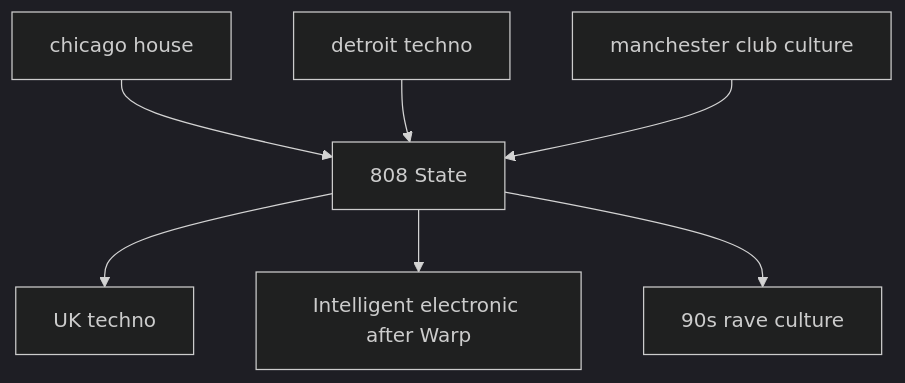
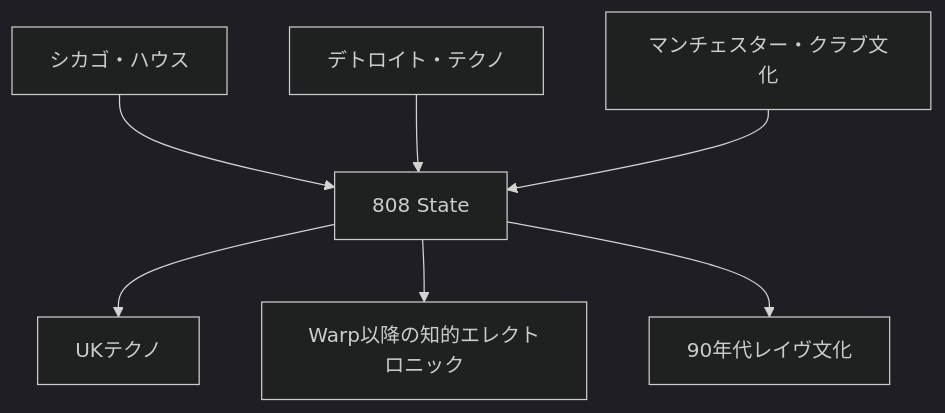
One commit to monumental-movement/monumental-movement.github.io changed the first of 17 diagrams in en/_posts/2026-05-24-column-808-state.md. Above: the diagram before and after it, drawn with Mermaid (dark theme). The commit also changed other lines of this file and 2196 other files, not shown here.

```diff
--- a/en/_posts/2026-05-24-column-808-state.md
+++ b/en/_posts/2026-05-24-column-808-state.md
@@ -49,9 +48,9 @@
 <div class="mermaid">
 graph TD
-A[chicago house] --> D[808 State]
-B[detroit techno] --> D
-C[manchester club culture] --> D
-D --> E[UK techno]
-D --> F[Intelligent electronic after Warp]
-D --> G[90s rave culture]
+A[シカゴ・ハウス] --> D[808 State]
+B[デトロイト・テクノ] --> D
+C[マンチェスター・クラブ文化] --> D
+D --> E[UKテクノ]
+D --> F[Warp以降の知的エレクトロニック]
+D --> G[90年代レイヴ文化]
 </div>
```
